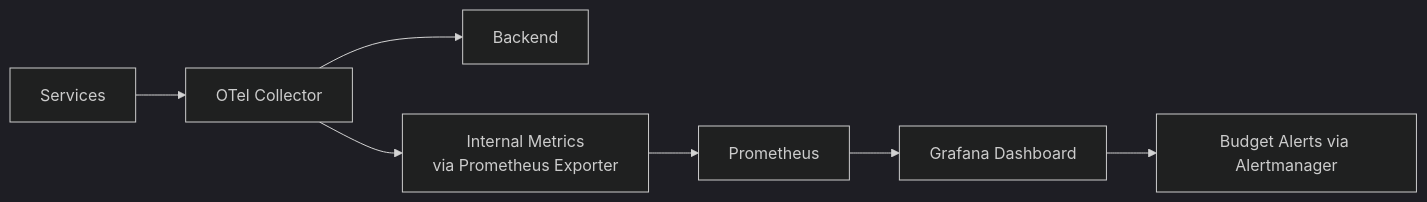
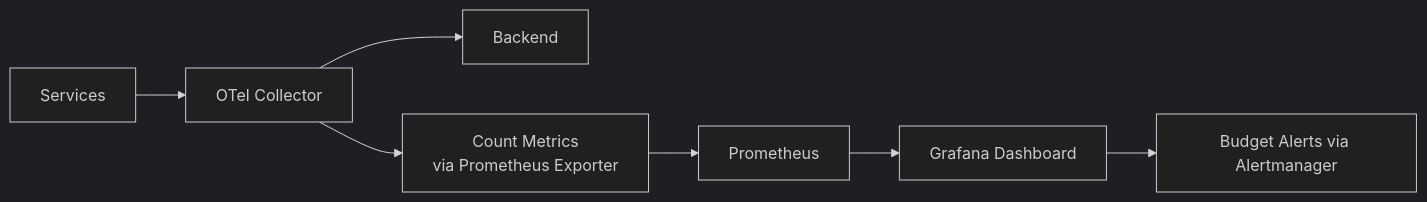
Before and after one commit to OneUptime/blog: the diagram in posts/2026-02-06-telemetry-budget-dashboards-spend-per-service/README.md, drawn with Mermaid (dark theme). The commit also changed other lines of this file and 2 other files, not shown here.

````diff
--- a/posts/2026-02-06-telemetry-budget-dashboards-spend-per-service/README.md
+++ b/posts/2026-02-06-telemetry-budget-dashboards-spend-per-service/README.md
@@ -15,9 +15,9 @@
 ```mermaid
 flowchart LR
     A[Services] --> B[OTel Collector]
     B --> C[Backend]
-    B --> D[Internal Metrics<br/>via Prometheus Exporter]
+    B --> D[Count Metrics<br/>via Prometheus Exporter]
     D --> E[Prometheus]
     E --> F[Grafana Dashboard]
     F --> G[Budget Alerts via Alertmanager]
 ```
````
